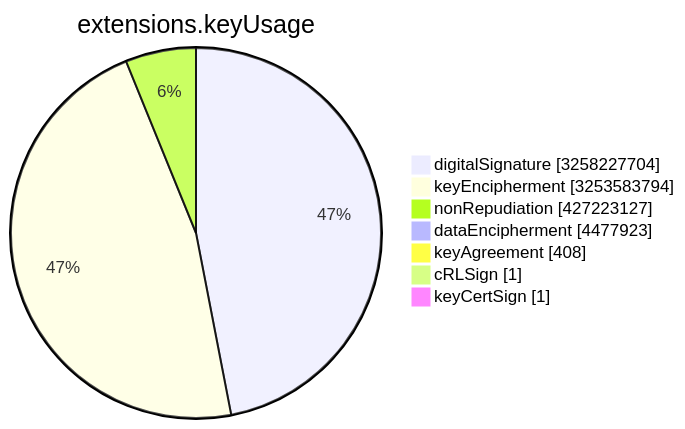
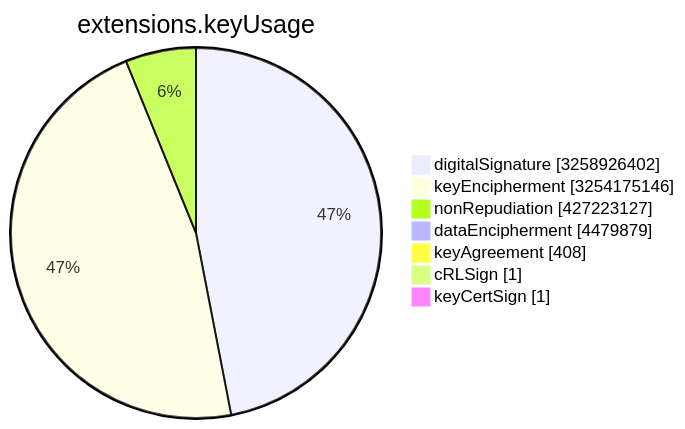
One commit to christiankrug/ctmonitor_visualization changed the sixth of 15 diagrams in TOTAL/README.md. Above: the diagram before and after it, drawn with Mermaid. The commit also changed other lines of this file, not shown here.

````diff
--- a/TOTAL/README.md
+++ b/TOTAL/README.md
@@ -3078,11 +3078,11 @@
 ```mermaid
 pie showData
 title extensions.keyUsage
-"digitalSignature" :3258227704
-"keyEncipherment" :3253583794
+"digitalSignature" :3258926402
+"keyEncipherment" :3254175146
 "nonRepudiation" :427223127
-"dataEncipherment" :4477923
+"dataEncipherment" :4479879
 "keyAgreement" :408
 "cRLSign" :1
 "keyCertSign" :1
 ```
````
